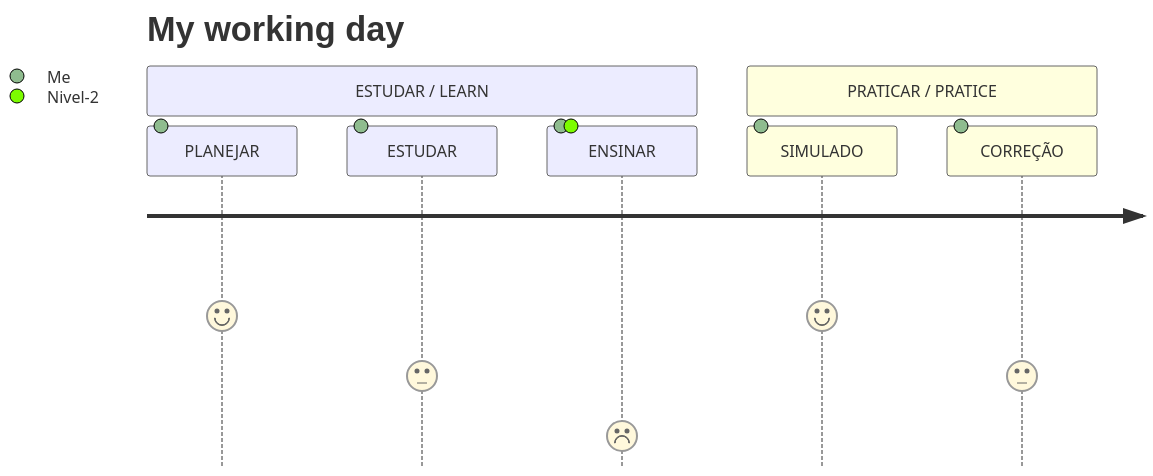
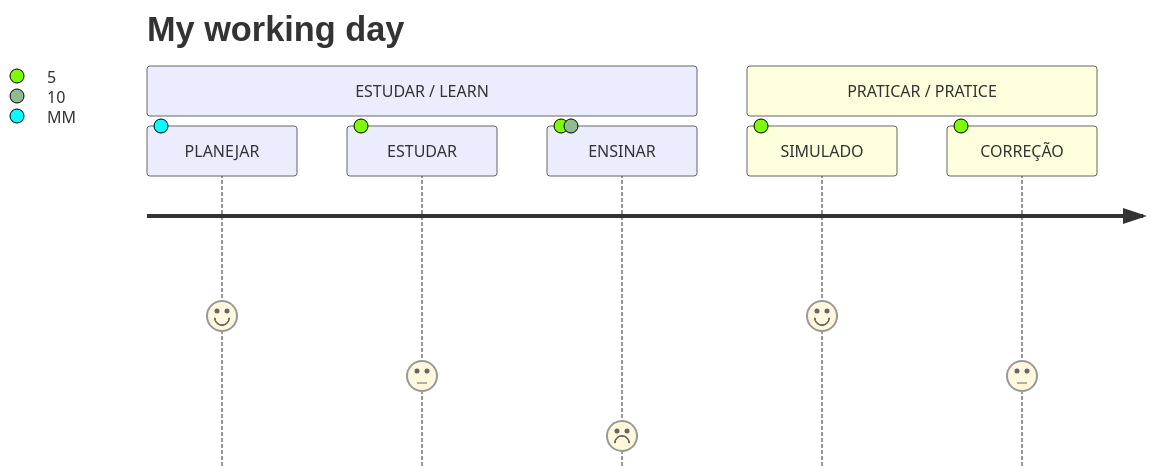
Before and after one commit to SauloCandeira/concursos: the third of 3 diagrams in readme.md, drawn with Mermaid.

````diff
--- a/readme.md
+++ b/readme.md
@@ -52,14 +52,14 @@
 ```mermaid
   journey
     title My working day
     
     section ESTUDAR / LEARN
-      PLANEJAR: 5: Me
+      PLANEJAR: 5: MM
       
-      ESTUDAR: 3: Me
-      ENSINAR: 1: Me, Nivel-2
+      ESTUDAR: 3: 5
+      ENSINAR: 1: 5, 10
     
     section PRATICAR / PRATICE
-      SIMULADO: 5: Me
-      CORREÇÃO: 3: Me
+      SIMULADO: 5: 5
+      CORREÇÃO: 3: 5
 ```
````
